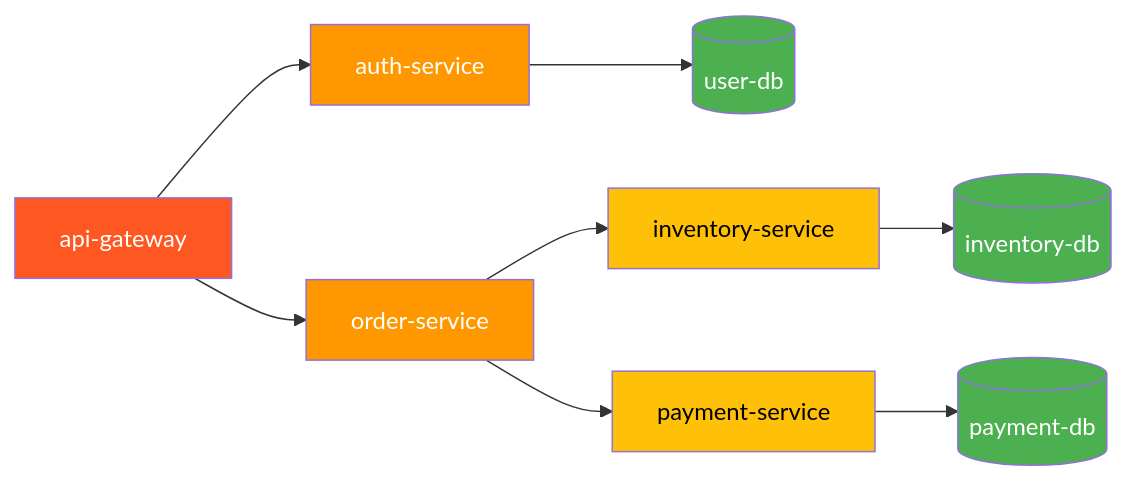
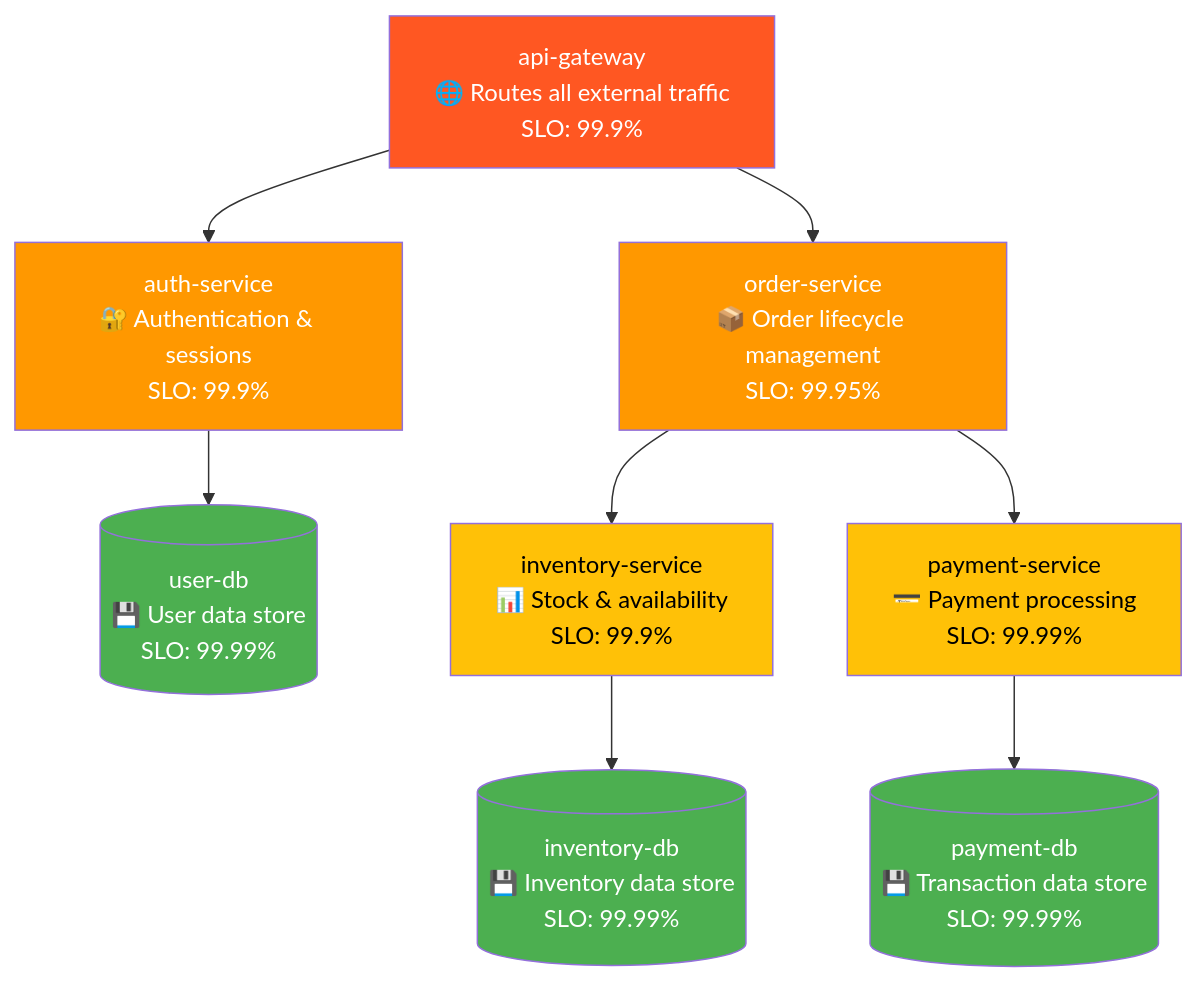
Before and after one commit to Airocult/Scaler-Meta-Competition-2026: the fifth of 15 diagrams in README.md, drawn with Mermaid. The commit also changed other lines of this file, not shown here.

Commit message:
Complete README rewrite: 16 tasks, Mermaid diagrams, UML, novel mechanics, investigation gating

````diff
--- a/README.md
+++ b/README.md
@@ -171,19 +280,23 @@
 ```mermaid
-graph LR
-    GW[api-gateway] --> AUTH[auth-service]
-    GW --> OS[order-service]
-    AUTH --> UDB[(user-db)]
-    OS --> IS[inventory-service]
-    OS --> PS[payment-service]
-    IS --> IDB[(inventory-db)]
-    PS --> PDB[(payment-db)]
+graph TD
+    GW["api-gateway<br/>🌐 Routes all external traffic<br/>SLO: 99.9%"]
+
+    GW --> AUTH["auth-service<br/>🔐 Authentication & sessions<br/>SLO: 99.9%"]
+    GW --> OS["order-service<br/>📦 Order lifecycle management<br/>SLO: 99.95%"]
+
+    AUTH --> UDB[("user-db<br/>💾 User data store<br/>SLO: 99.99%")]
+    OS --> IS["inventory-service<br/>📊 Stock & availability<br/>SLO: 99.9%"]
+    OS --> PS["payment-service<br/>💳 Payment processing<br/>SLO: 99.99%"]
+
+    IS --> IDB[("inventory-db<br/>💾 Inventory data store<br/>SLO: 99.99%")]
+    PS --> PDB[("payment-db<br/>💾 Transaction data store<br/>SLO: 99.99%")]
 
     style GW fill:#FF5722,color:#fff
     style AUTH fill:#FF9800,color:#fff
     style OS fill:#FF9800,color:#fff
     style IS fill:#FFC107,color:#000
     style PS fill:#FFC107,color:#000
     style UDB fill:#4CAF50,color:#fff
     style IDB fill:#4CAF50,color:#fff
     style PDB fill:#4CAF50,color:#fff
 ```
````
